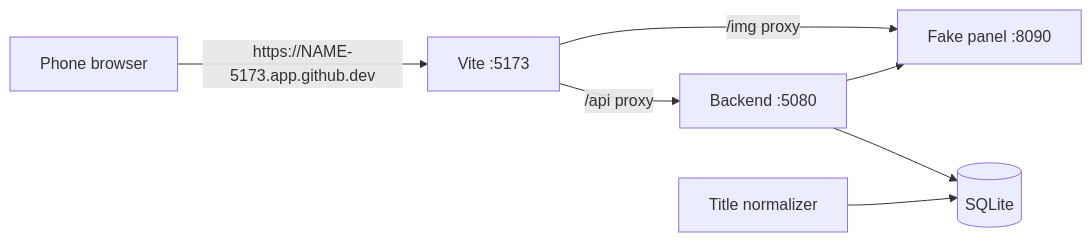
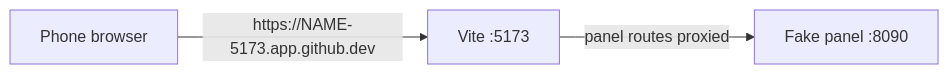
The diagram in .devcontainer/README.md (brunoccst/iptv-player), drawn with Mermaid before and after one commit. The commit also changed other lines of this file and 313 other files, not shown here.

````diff
--- a/.devcontainer/README.md
+++ b/.devcontainer/README.md
@@ -12,9 +12,5 @@
 ```mermaid
 flowchart LR
   PHONE[Phone browser] -->|https://NAME-5173.app.github.dev| VITE[Vite :5173]
-  VITE -->|/api proxy| API[Backend :5080]
-  VITE -->|/img proxy| PANEL
-  API --> PANEL[Fake panel :8090]
-  API --> DB[(SQLite)]
-  WORKER[Title normalizer] --> DB
+  VITE -->|panel routes proxied| PANEL[Fake panel :8090]
 ```
````
